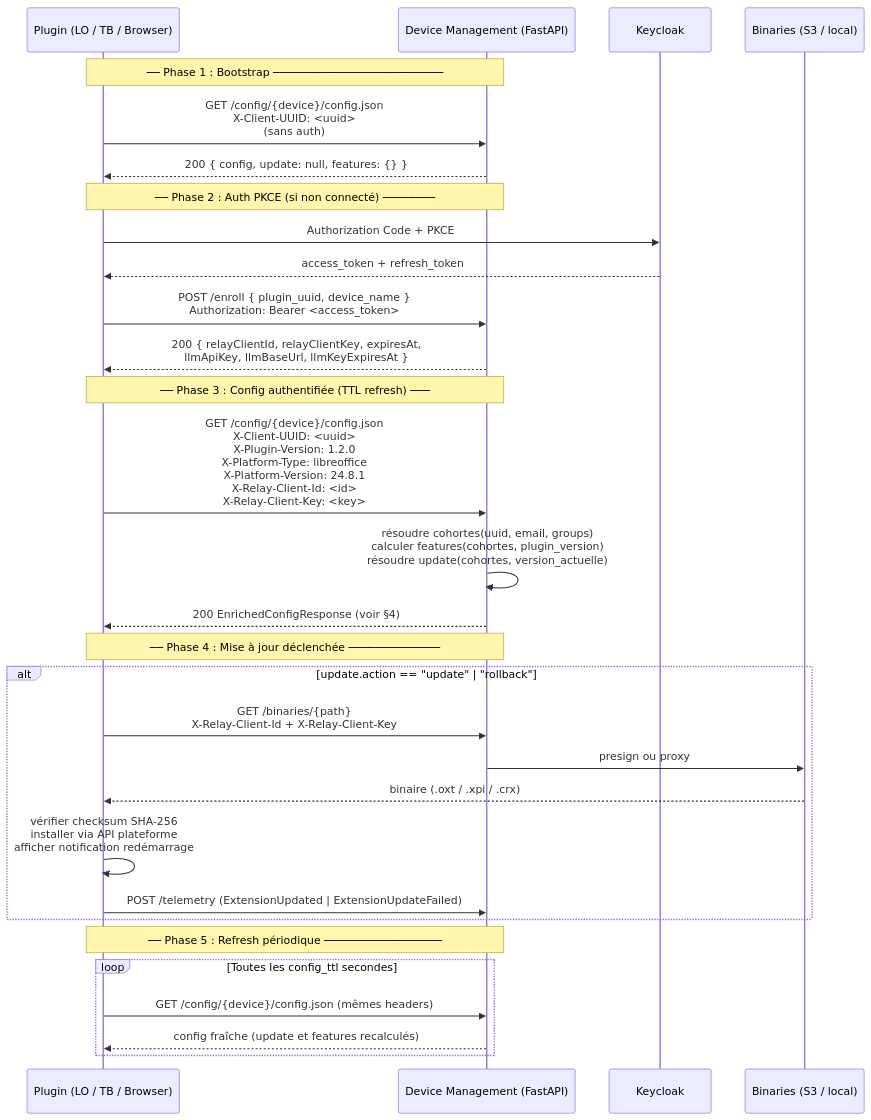
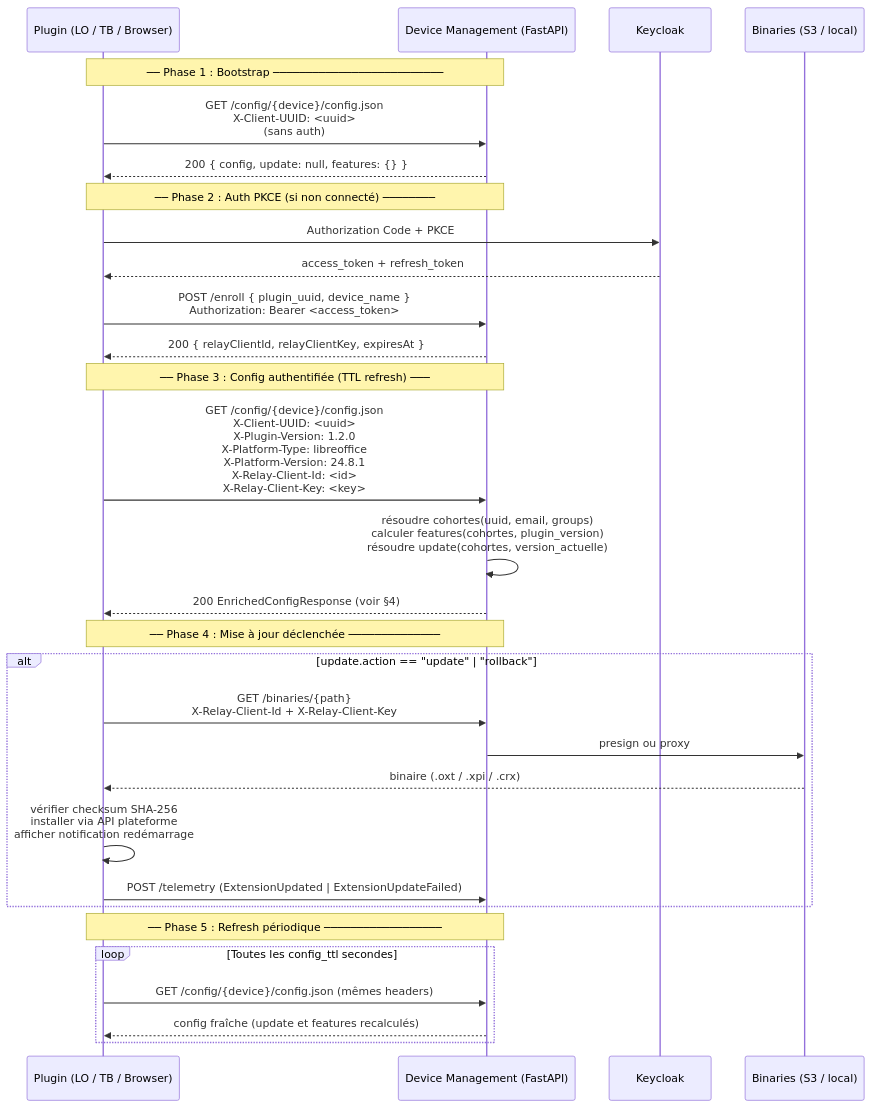
One commit to IA-Generative/device-management changed the first of 5 diagrams in docs/plugin-developer/plugin-dm-protocol-update-features.md. Above: the diagram before and after it, drawn with Mermaid. The commit also changed other lines of this file and 3 other files, not shown here.

First line of the commit message:
refactor(llm): serve the per-device key only via /config, not in enroll

````diff
--- a/docs/plugin-developer/plugin-dm-protocol-update-features.md
+++ b/docs/plugin-developer/plugin-dm-protocol-update-features.md
@@ -10,37 +10,37 @@
 ```mermaid
 sequenceDiagram
     participant P  as Plugin (LO / TB / Browser)
     participant DM as Device Management (FastAPI)
     participant KC as Keycloak
     participant S3 as Binaries (S3 / local)
 
     Note over P,DM: ── Phase 1 : Bootstrap ──────────────────────────
     P->>DM: GET /config/{device}/config.json<br/>X-Client-UUID: <uuid><br/>(sans auth)
     DM-->>P: 200 { config, update: null, features: {} }
 
     Note over P,DM: ── Phase 2 : Auth PKCE (si non connecté) ────────
     P->>KC: Authorization Code + PKCE
     KC-->>P: access_token + refresh_token
     P->>DM: POST /enroll  { plugin_uuid, device_name }<br/>Authorization: Bearer <access_token>
-    DM-->>P: 200 { relayClientId, relayClientKey, expiresAt,<br/>llmApiKey, llmBaseUrl, llmKeyExpiresAt }
+    DM-->>P: 200 { relayClientId, relayClientKey, expiresAt }
 
     Note over P,DM: ── Phase 3 : Config authentifiée (TTL refresh) ───
     P->>DM: GET /config/{device}/config.json<br/>X-Client-UUID: <uuid><br/>X-Plugin-Version: 1.2.0<br/>X-Platform-Type: libreoffice<br/>X-Platform-Version: 24.8.1<br/>X-Relay-Client-Id: <id><br/>X-Relay-Client-Key: <key>
     DM->>DM: résoudre cohortes(uuid, email, groups)<br/>calculer features(cohortes, plugin_version)<br/>résoudre update(cohortes, version_actuelle)
     DM-->>P: 200 EnrichedConfigResponse (voir §4)
 
     Note over P,DM: ── Phase 4 : Mise à jour déclenchée ──────────────
     alt update.action == "update" | "rollback"
         P->>DM: GET /binaries/{path}<br/>X-Relay-Client-Id + X-Relay-Client-Key
         DM->>S3: presign ou proxy
         S3-->>P: binaire (.oxt / .xpi / .crx)
         P->>P: vérifier checksum SHA-256<br/>installer via API plateforme<br/>afficher notification redémarrage
         P->>DM: POST /telemetry (ExtensionUpdated | ExtensionUpdateFailed)
     end
 
     Note over P,DM: ── Phase 5 : Refresh périodique ──────────────────
     loop Toutes les config_ttl secondes
         P->>DM: GET /config/{device}/config.json (mêmes headers)
         DM-->>P: config fraîche (update et features recalculés)
     end
 ```
````
